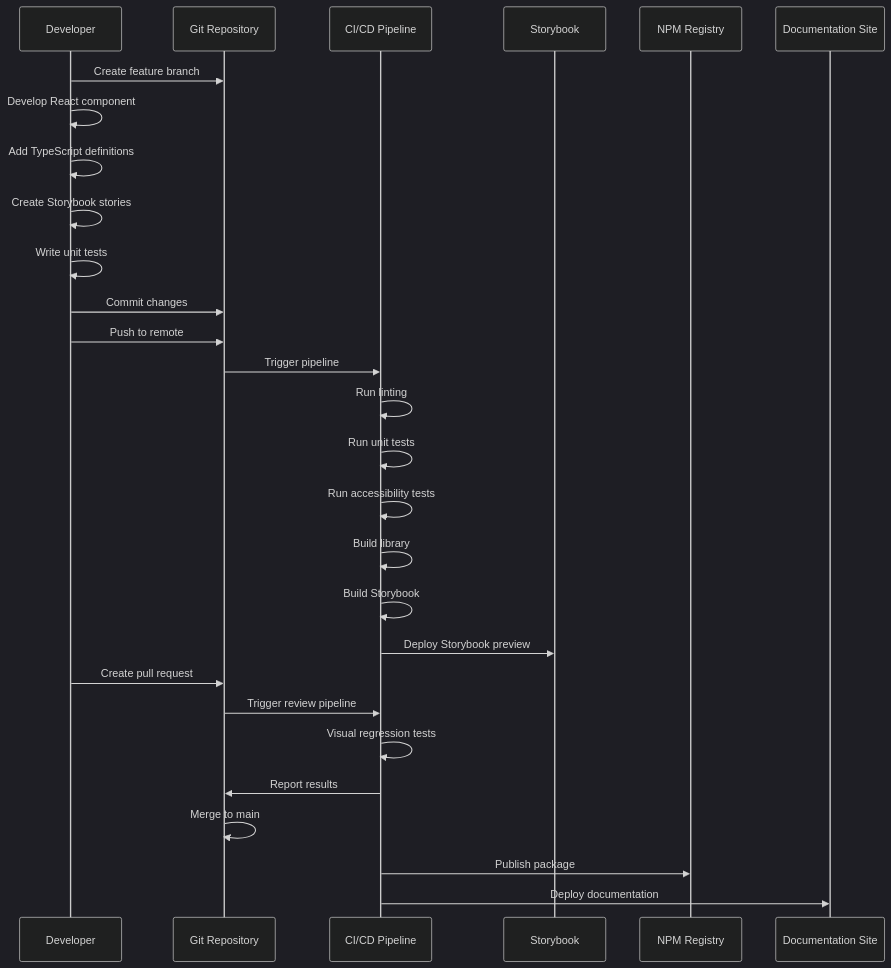
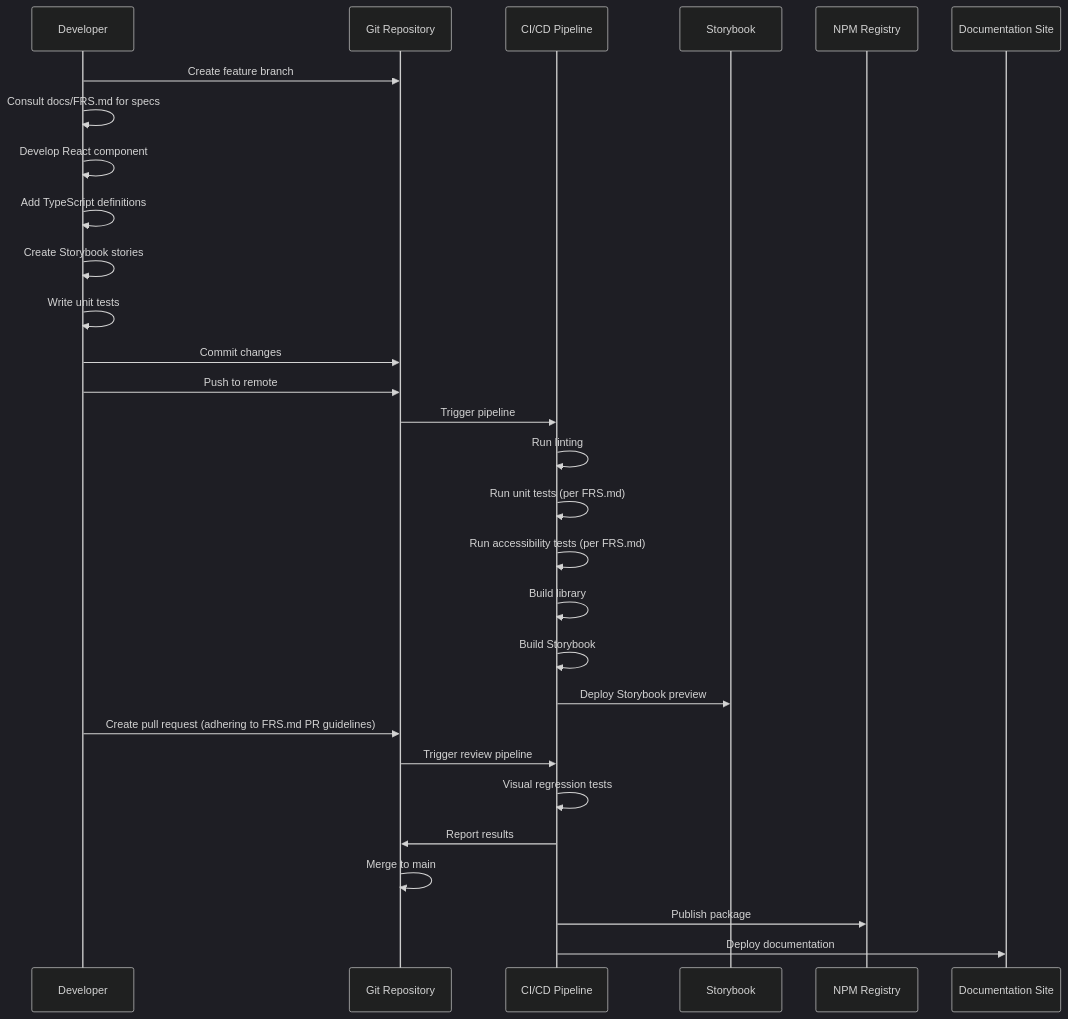
Before and after one commit to DementedWeasel1971/storybook: the fourth of 10 diagrams in AGENTS.md, drawn with Mermaid (dark theme). The commit also changed other lines of this file, not shown here.

First line of the commit message:
docs: Align AGENTS.md with Architect Crew methodology

````diff
--- a/AGENTS.md
+++ b/AGENTS.md
@@ -472,31 +498,32 @@
 ```mermaid
 sequenceDiagram
     participant Dev as Developer
     participant Git as Git Repository
     participant CI as CI/CD Pipeline
     participant SB as Storybook
     participant NPM as NPM Registry
     participant Docs as Documentation Site
-    
+
     Dev->>Git: Create feature branch
+    Dev->>Dev: Consult docs/FRS.md for specs
     Dev->>Dev: Develop React component
     Dev->>Dev: Add TypeScript definitions
     Dev->>Dev: Create Storybook stories
     Dev->>Dev: Write unit tests
     Dev->>Git: Commit changes
     Dev->>Git: Push to remote
     Git->>CI: Trigger pipeline
     CI->>CI: Run linting
-    CI->>CI: Run unit tests
-    CI->>CI: Run accessibility tests
+    CI->>CI: Run unit tests (per FRS.md)
+    CI->>CI: Run accessibility tests (per FRS.md)
     CI->>CI: Build library
     CI->>CI: Build Storybook
     CI->>SB: Deploy Storybook preview
-    Dev->>Git: Create pull request
+    Dev->>Git: Create pull request (adhering to FRS.md PR guidelines)
     Git->>CI: Trigger review pipeline
     CI->>CI: Visual regression tests
     CI->>Git: Report results
     Git->>Git: Merge to main
     CI->>NPM: Publish package
     CI->>Docs: Deploy documentation
 ```
````
